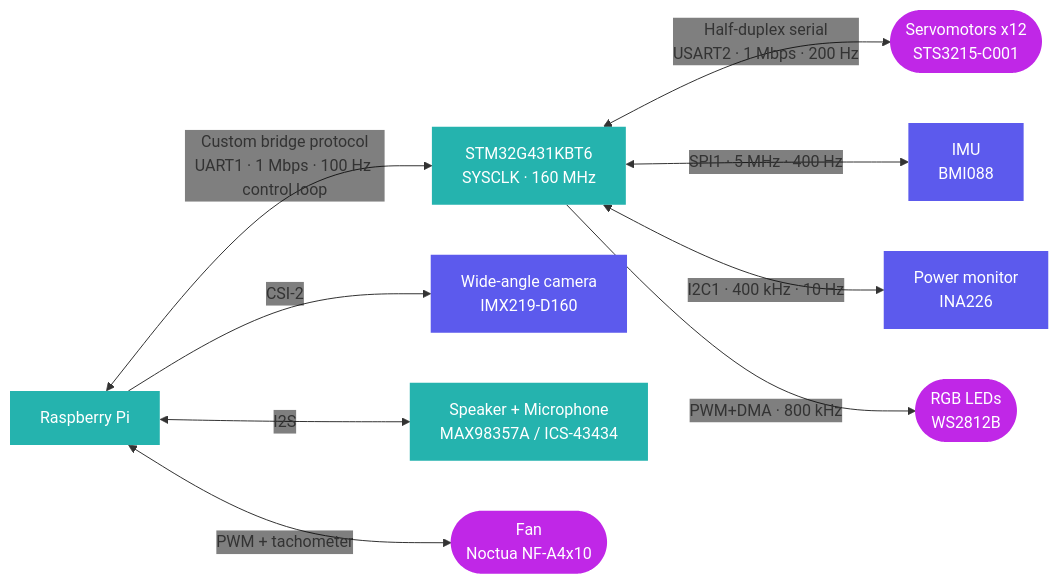
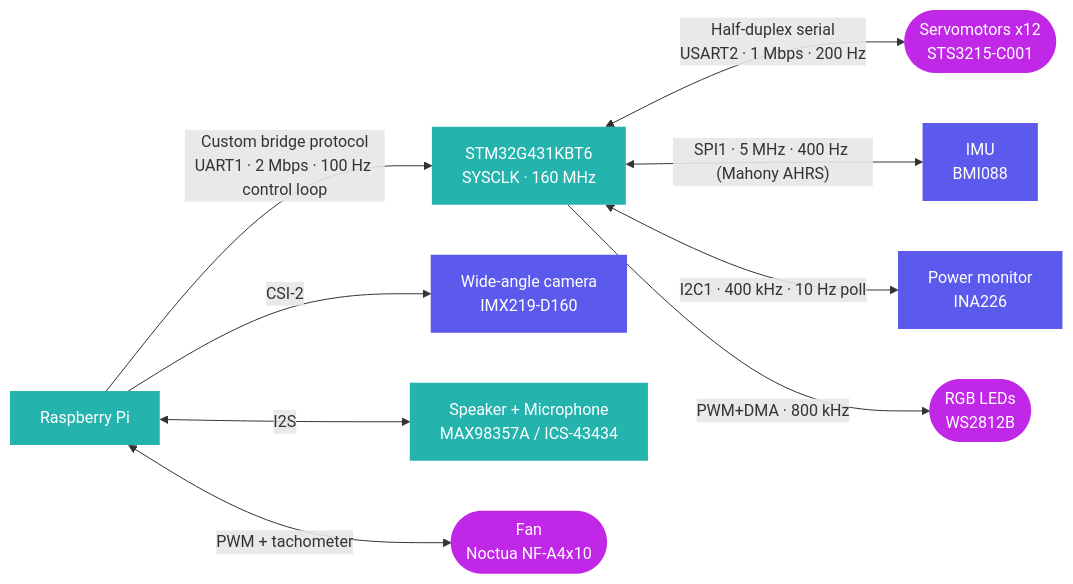
One commit to Mowibox/chroma changed the diagram in content/en/chromapi/specifications/sensors.md. Above: the diagram before and after it, drawn with Mermaid. The commit also changed other lines of this file and 6 other files, not shown here.

````diff
--- a/content/en/chromapi/specifications/sensors.md
+++ b/content/en/chromapi/specifications/sensors.md
@@ -95,31 +95,31 @@
 ```mermaid
-%%{init: {'themeVariables': {'edgeLabelBackground':'transparent'}}}%%
+%%{init: {'themeCSS': '.edgeLabel, .edgeLabel p, .labelBkg { background-color: transparent !important; } .edgeLabel rect { fill: transparent !important; }'}}%%
 flowchart LR
     RPI["Raspberry Pi"]
     MCU["STM32G431KBT6<br/>SYSCLK · 160 MHz"]
     SERVOS(["Servomotors x12<br/>STS3215-C001"])
     IMU["IMU<br/>BMI088"]
     PWR["Power monitor<br/>INA226"]
     LED(["RGB LEDs<br/>WS2812B"])
     CAM["Wide-angle camera<br/>IMX219-D160"]
     AUDIO["Speaker + Microphone<br/>MAX98357A / ICS-43434"]
     FAN(["Fan<br/>Noctua NF-A4x10"])
 
-    RPI <-->|"Custom bridge protocol<br/>UART1 · 1 Mbps · 100 Hz control loop"| MCU
+    RPI -->|"Custom bridge protocol<br/>UART1 · 2 Mbps · 100 Hz control loop"| MCU
     MCU <-->|"Half-duplex serial<br/>USART2 · 1 Mbps · 200 Hz"| SERVOS
-    MCU <-->|"SPI1 · 5 MHz · 400 Hz"| IMU
-    MCU <-->|"I2C1 · 400 kHz · 10 Hz"| PWR
+    MCU <-->|"SPI1 · 5 MHz · 400 Hz (Mahony AHRS)"| IMU
+    MCU <-->|"I2C1 · 400 kHz · 10 Hz poll"| PWR
     MCU -->|"PWM+DMA · 800 kHz"| LED
 
     RPI -->|"CSI-2"| CAM
     RPI <-->|"I2S"| AUDIO
     RPI <-->|"PWM + tachometer"| FAN
 
     classDef ic fill:#25b3ae,color:#ffffff,stroke:none
     classDef actuator fill:#c027e7,color:#ffffff,stroke:none
     classDef sensor fill:#5c5aed,color:#ffffff,stroke:none
 
     class RPI,MCU,AUDIO ic
     class SERVOS,LED,FAN actuator
     class IMU,PWR,CAM sensor
 ```
````
